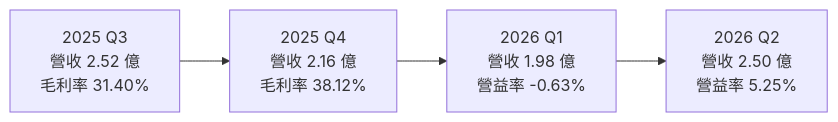
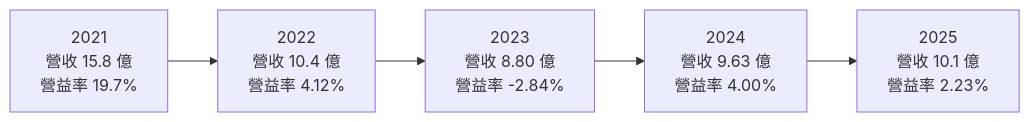
The third of 4 diagrams in 個股/台股/3438類比科.md (wangnick1004/taiwan-stock-vault), drawn with Mermaid before and after one commit. The commit also changed other lines of this file and 142 other files, not shown here.

````diff
--- a/個股/台股/3438類比科.md
+++ b/個股/台股/3438類比科.md
@@ -142,4 +132,4 @@
 ```mermaid
 flowchart LR
-    Q3["2025 Q3<br/>營收 2.52 億<br/>毛利率 31.40%"] --> Q4["2025 Q4<br/>營收 2.16 億<br/>毛利率 38.12%"] --> Q1["2026 Q1<br/>營收 1.98 億<br/>營益率 -0.63%"] --> Q2["2026 Q2<br/>營收 2.50 億<br/>營益率 5.25%"]
+    Y21["2021<br/>營收 15.8 億<br/>營益率 19.7%"] --> Y22["2022<br/>營收 10.4 億<br/>營益率 4.12%"] --> Y23["2023<br/>營收 8.80 億<br/>營益率 -2.84%"] --> Y24["2024<br/>營收 9.63 億<br/>營益率 4.00%"] --> Y25["2025<br/>營收 10.1 億<br/>營益率 2.23%"]
 ```
````
